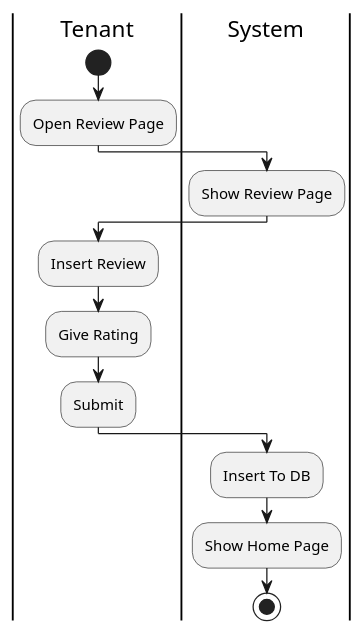
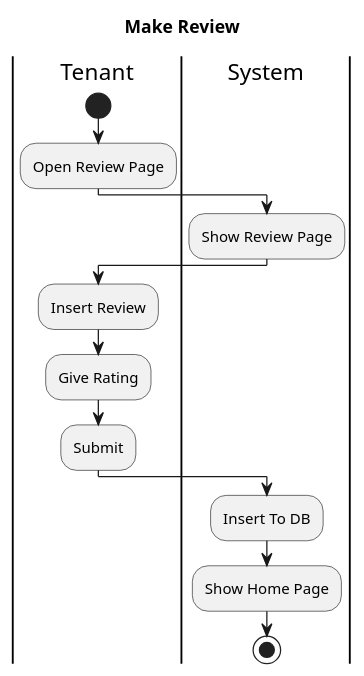
One commit to AntWort21/BHFMS changed the diagram in Design/BHFMS_ACTIVITY/Make Review.puml. Above: the diagram before and after it, drawn with PlantUML. The commit also changed 34 other files, not shown here.

Commit message:
added title in sequence and activity diagram based on use case description, separated a few diagram

```diff
--- a/Design/BHFMS_ACTIVITY/Make Review.puml
+++ b/Design/BHFMS_ACTIVITY/Make Review.puml
@@ -1,19 +1,20 @@
 @startuml
+title Make Review
 |Tenant|
 start
     :Open Review Page;
 
 |System|
     :Show Review Page;
 
 |Tenant|
     :Insert Review;
     :Give Rating;
     :Submit;
 
 |System|
     :Insert To DB;
     :Show Home Page;
 
 stop
 @enduml
```
